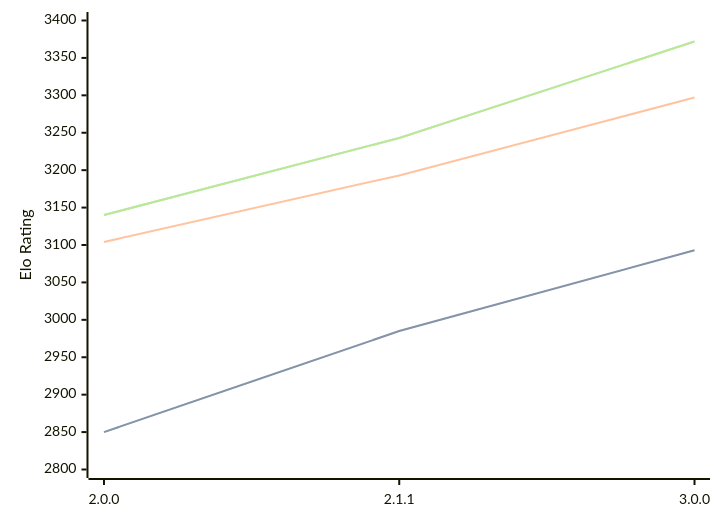
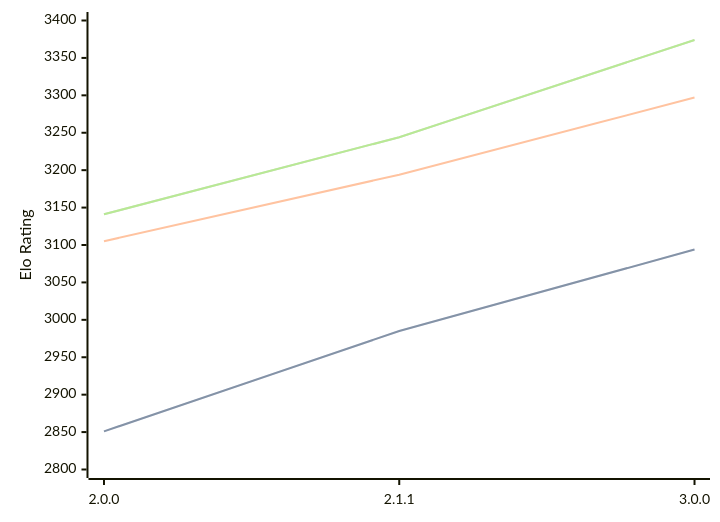
Before and after one commit to computer-chess-index/cci: the third of 3 diagrams in engines/Bread.md, drawn with Mermaid. The commit also changed other lines of this file, not shown here.

Commit message:
Update CCI Ratings (ELO VLTC) - 2026-07-02

````diff
--- a/engines/Bread.md
+++ b/engines/Bread.md
@@ -86,11 +86,11 @@
 ```mermaid
 %%{init: {"theme":"base","themeVariables":{"seriesColors:['#a3a3a3','#222221','#faa371']}}}%%
 xychart-beta
   x-axis ["2.0.0", "2.1.1", "3.0.0"]
   y-axis "Elo Rating" 2800 --> 3400
-  line "STC (8.0+0.08s)" [2850, 2985, 3093]
-  line "STC (8.0+0.08s)" [2850, 2985, 3093]
-  line "LTC (60.0+0.60s)" [3104, 3193, 3297]
-  line "VLTC (2m24s+1.12s)" [3140, 3243, 3372]
-  line "VLTC (2m24s+1.12s)" [3140, 3243, 3372]
+  line "STC (8.0+0.08s)" [2851, 2985, 3094]
+  line "STC (8.0+0.08s)" [2851, 2985, 3094]
+  line "LTC (60.0+0.60s)" [3105, 3194, 3297]
+  line "VLTC (2m24s+1.12s)" [3141, 3244, 3374]
+  line "VLTC (2m24s+1.12s)" [3141, 3244, 3374]
 ```
````
